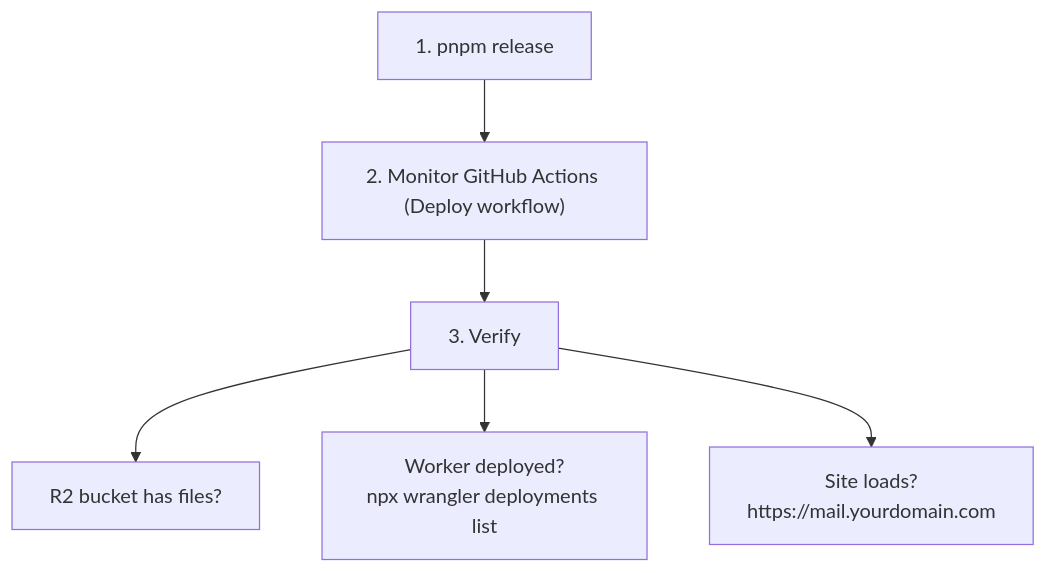
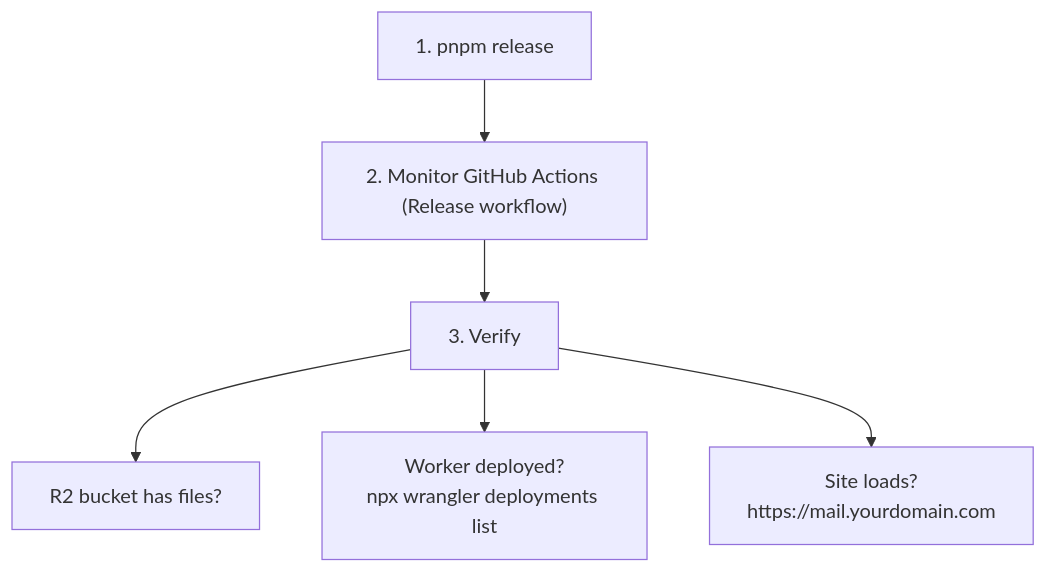
The fourth of 5 diagrams in docs/deployment-checklist.md (forwardemail/mail.forwardemail.net), drawn with Mermaid before and after one commit. The commit also changed other lines of this file and 6 other files, not shown here.

First line of the commit message:
docs: synchronize CI credentials and release workflow guidance

````diff
--- a/docs/deployment-checklist.md
+++ b/docs/deployment-checklist.md
@@ -228,7 +244,7 @@
 ```mermaid
 flowchart TD
-    A["1. pnpm release"] --> B["2. Monitor GitHub Actions (Deploy workflow)"] --> C["3. Verify"]
+    A["1. pnpm release"] --> B["2. Monitor GitHub Actions (Release workflow)"] --> C["3. Verify"]
     C --> D["R2 bucket has files?"]
     C --> E["Worker deployed?<br/>npx wrangler deployments list"]
     C --> F["Site loads?<br/>https://mail.yourdomain.com"]
 ```
````
